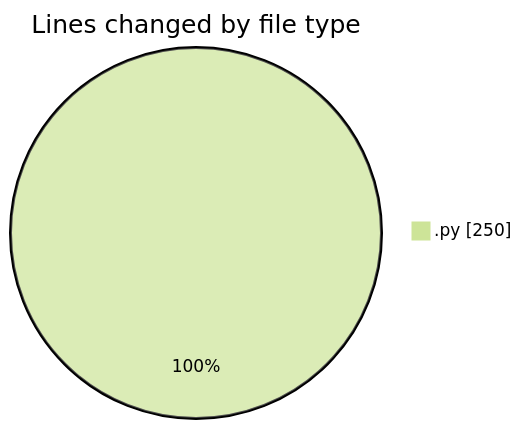
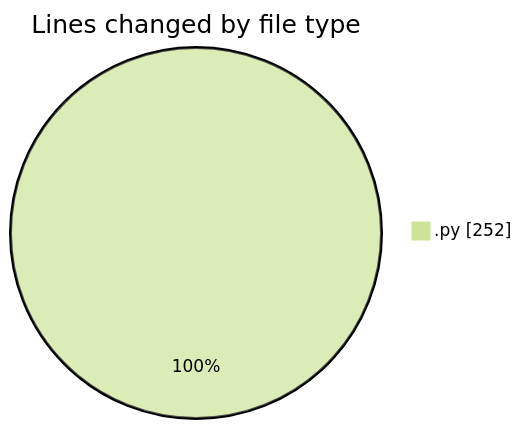
Before and after one commit to Ritupan-Deka/code-tracking: the first of 2 diagrams in 2025-01-21/projects/README.md, drawn with Mermaid (forest theme). The commit also changed other lines of this file and 1 other file, not shown here.

````diff
--- a/2025-01-21/projects/README.md
+++ b/2025-01-21/projects/README.md
@@ -20,5 +20,5 @@
 ```mermaid
 pie showData
 title Lines changed by file type
-".py" : 250
+".py" : 252
 ```
````
